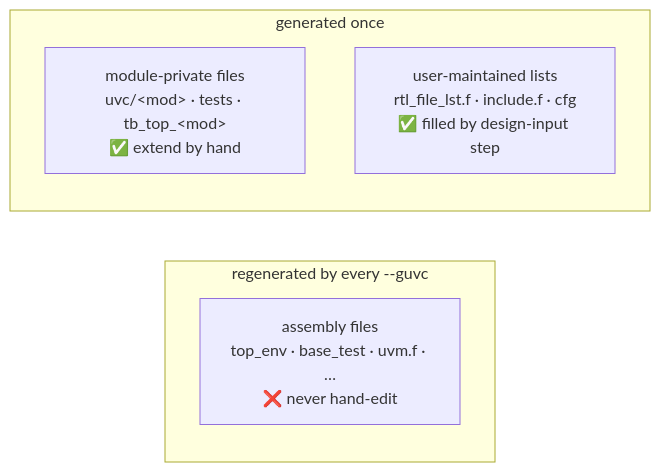
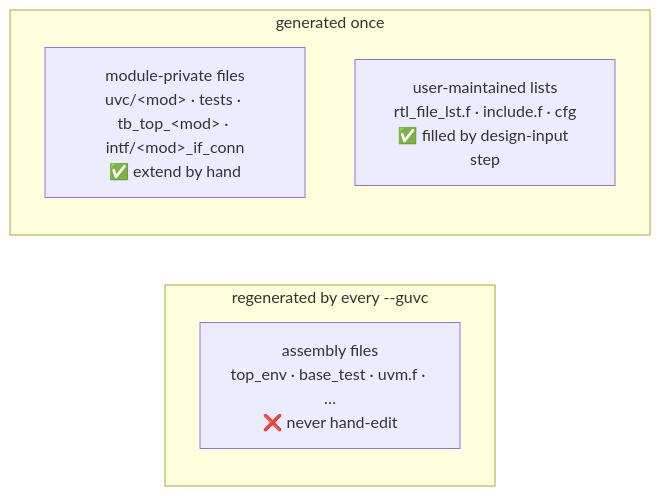
Before and after one commit to lingwang97/multi-agents-verify-flow: the fifth of 5 diagrams in verify/README.md, drawn with Mermaid. The commit also changed other lines of this file, not shown here.

First line of the commit message:
README: quick start updated to the current flow

````diff
--- a/verify/README.md
+++ b/verify/README.md
@@ -149,10 +169,10 @@
 ```mermaid
 flowchart LR
   subgraph REGEN["regenerated by every --guvc"]
     A["assembly files<br/>top_env · base_test · uvm.f · …<br/>❌ never hand-edit"]
   end
   subgraph ONCE["generated once"]
-    M["module-private files<br/>uvc/&lt;mod&gt; · tests · tb_top_&lt;mod&gt;<br/>✅ extend by hand"]
+    M["module-private files<br/>uvc/&lt;mod&gt; · tests · tb_top_&lt;mod&gt; · intf/&lt;mod&gt;_if_conn<br/>✅ extend by hand"]
     U["user-maintained lists<br/>rtl_file_lst.f · include.f · cfg<br/>✅ filled by design-input step"]
   end
 ```
````
